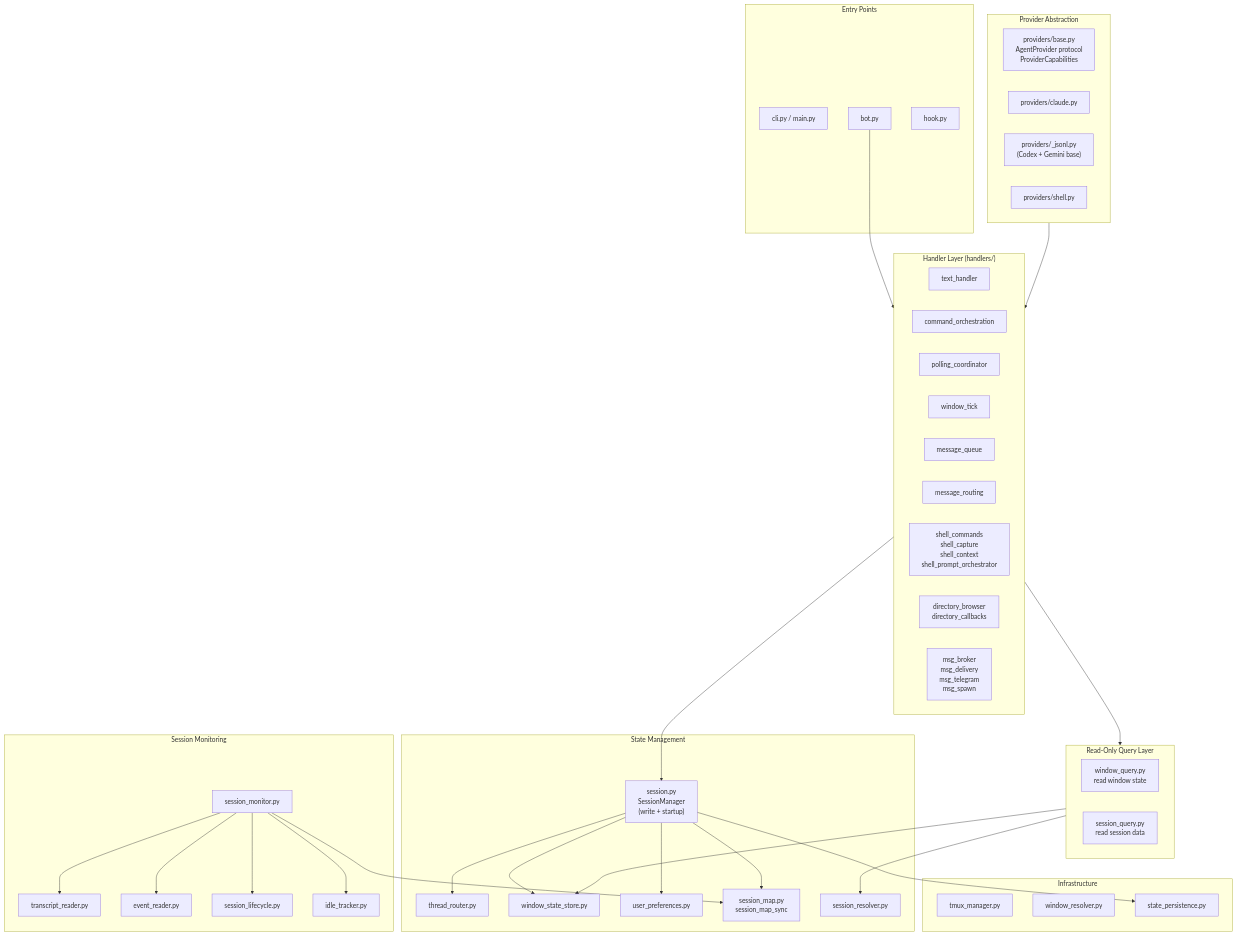
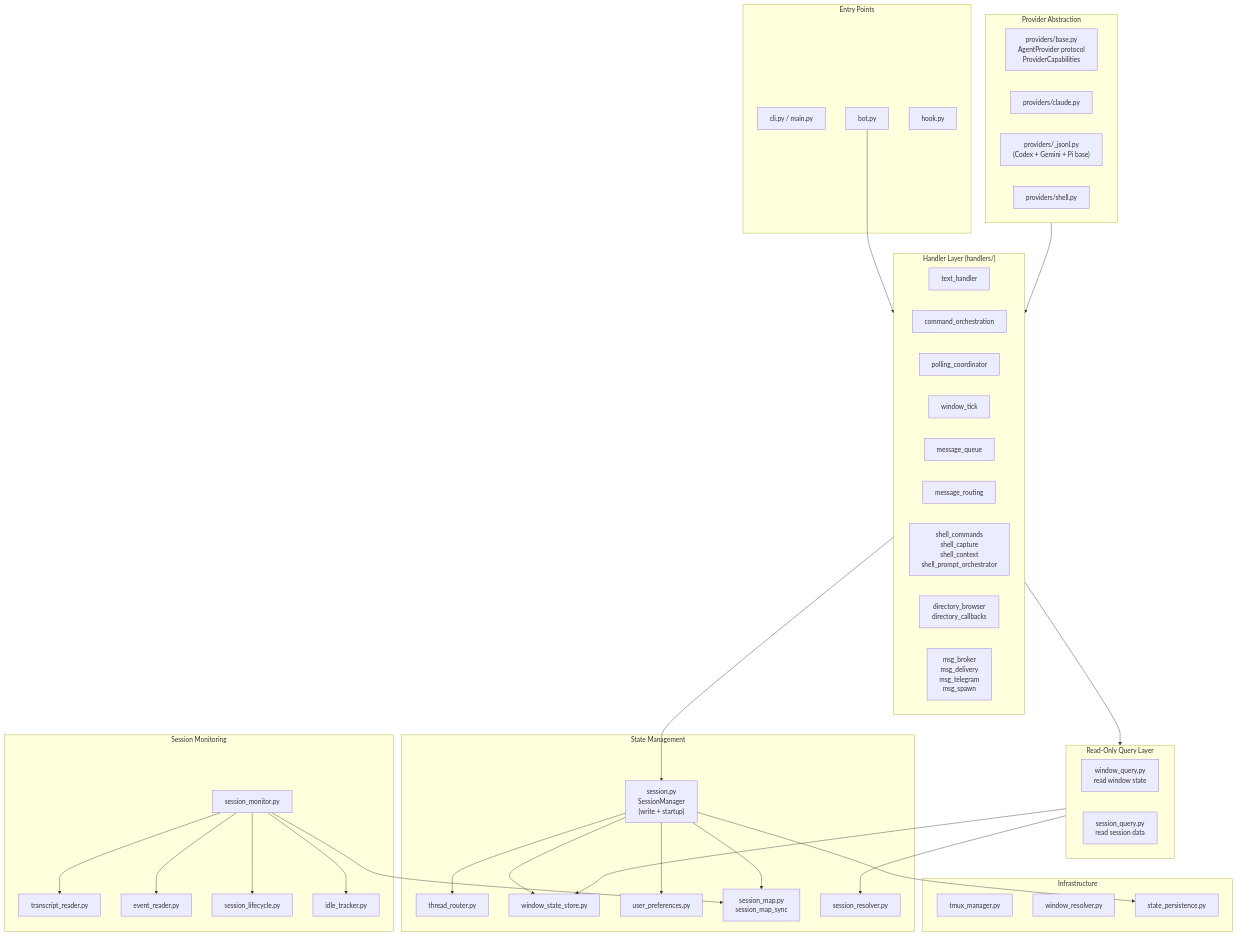
One commit to alexei-led/ccbot changed the second of 10 diagrams in docs/architecture.md. Above: the diagram before and after it, drawn with Mermaid. The commit also changed other lines of this file and 7 other files, not shown here.

First line of the commit message:
docs: document pi provider across user + architecture docs

````diff
--- a/docs/architecture.md
+++ b/docs/architecture.md
@@ -32,66 +32,66 @@
 ```mermaid
 graph TD
     subgraph entry["Entry Points"]
         CLI["cli.py / main.py"]
         BotPy["bot.py"]
         HookPy["hook.py"]
     end
 
     subgraph handlers["Handler Layer (handlers/)"]
         TextH["text_handler"]
         CmdOrch["command_orchestration"]
         PollCoord["polling_coordinator"]
         WindowTick["window_tick"]
         MsgQueue["message_queue"]
         MsgRouting["message_routing"]
         ShellH["shell_commands<br>shell_capture<br>shell_context<br>shell_prompt_orchestrator"]
         DirH["directory_browser<br>directory_callbacks"]
         MsgBroker["msg_broker<br>msg_delivery<br>msg_telegram<br>msg_spawn"]
     end
 
     subgraph query["Read-Only Query Layer"]
         WQ["window_query.py<br>read window state"]
         SQ["session_query.py<br>read session data"]
     end
 
     subgraph state["State Management"]
         SM["session.py<br>SessionManager<br>(write + startup)"]
         TR["thread_router.py"]
         WS["window_state_store.py"]
         UP["user_preferences.py"]
         SMS["session_map.py<br>session_map_sync"]
         SR["session_resolver.py"]
     end
 
     subgraph infra["Infrastructure"]
         TmuxMgr2["tmux_manager.py"]
         WR["window_resolver.py"]
         SP["state_persistence.py"]
     end
 
     subgraph providers["Provider Abstraction"]
         Base["providers/base.py<br>AgentProvider protocol<br>ProviderCapabilities"]
         Claude["providers/claude.py"]
-        Jsonl["providers/_jsonl.py<br>(Codex + Gemini base)"]
+        Jsonl["providers/_jsonl.py<br>(Codex + Gemini + Pi base)"]
         Shell["providers/shell.py"]
     end
 
     subgraph monitor["Session Monitoring"]
         SesMon["session_monitor.py"]
         TReader["transcript_reader.py"]
         EvReader["event_reader.py"]
         SLifecycle["session_lifecycle.py"]
         IdleT["idle_tracker.py"]
     end
 
     BotPy --> handlers
     handlers --> query
     query --> WS
     query --> SR
     handlers --> SM
     SM --> TR & WS & UP & SMS
     SM --> SP
     SesMon --> TReader & EvReader & SLifecycle & IdleT
     SesMon --> SMS
     providers --> handlers
 ```
````
